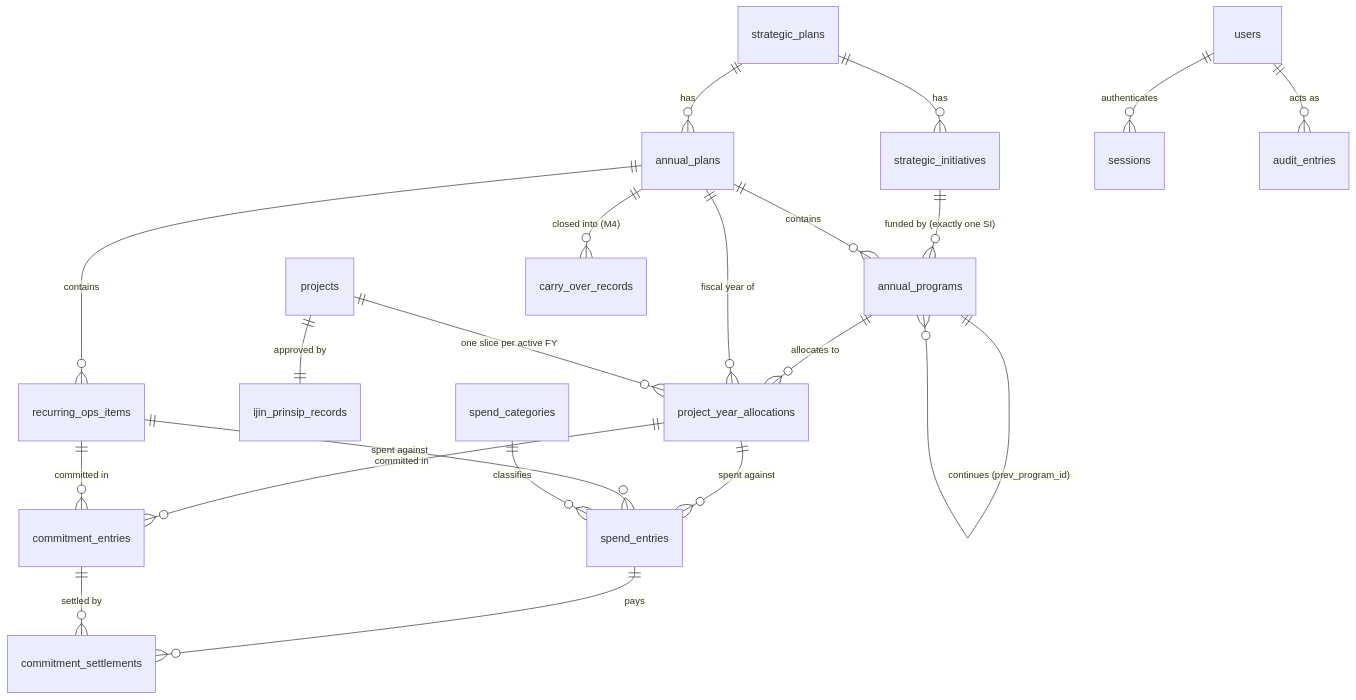
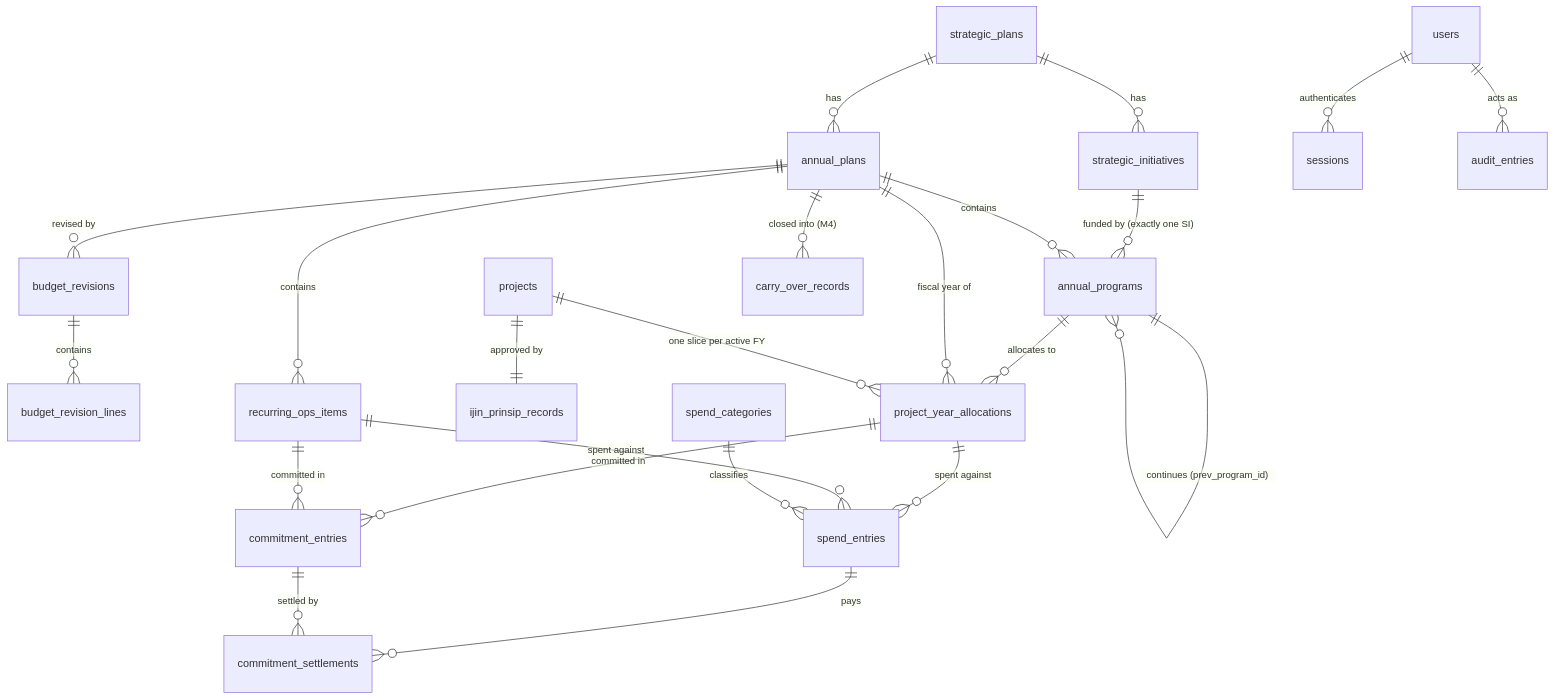
Before and after one commit to tahopetis/strapla: the diagram in docs/data-model.md, drawn with Mermaid. The commit also changed other lines of this file and 80 other files, not shown here.

First line of the commit message:
Budget revisions and per-component SI envelope (#112, #114) (#117)

````diff
--- a/docs/data-model.md
+++ b/docs/data-model.md
@@ -9,23 +9,25 @@
 ```mermaid
 erDiagram
   strategic_plans ||--o{ strategic_initiatives : "has"
   strategic_plans ||--o{ annual_plans : "has"
   strategic_initiatives ||--o{ annual_programs : "funded by (exactly one SI)"
   annual_plans ||--o{ annual_programs : "contains"
+  annual_plans ||--o{ budget_revisions : "revised by"
+  budget_revisions ||--o{ budget_revision_lines : "contains"
   annual_programs ||--o{ annual_programs : "continues (prev_program_id)"
   annual_programs ||--o{ project_year_allocations : "allocates to"
   annual_plans ||--o{ project_year_allocations : "fiscal year of"
   projects ||--o{ project_year_allocations : "one slice per active FY"
   projects ||--|| ijin_prinsip_records : "approved by"
   annual_plans ||--o{ recurring_ops_items : "contains"
   project_year_allocations ||--o{ commitment_entries : "committed in"
   recurring_ops_items ||--o{ commitment_entries : "committed in"
   project_year_allocations ||--o{ spend_entries : "spent against"
   recurring_ops_items ||--o{ spend_entries : "spent against"
   spend_categories ||--o{ spend_entries : "classifies"
   spend_entries ||--o{ commitment_settlements : "pays"
   commitment_entries ||--o{ commitment_settlements : "settled by"
   annual_plans ||--o{ carry_over_records : "closed into (M4)"
   users ||--o{ sessions : "authenticates"
   users ||--o{ audit_entries : "acts as"
 ```
````
